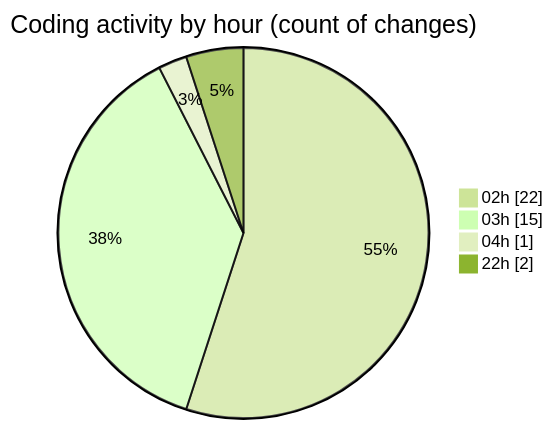
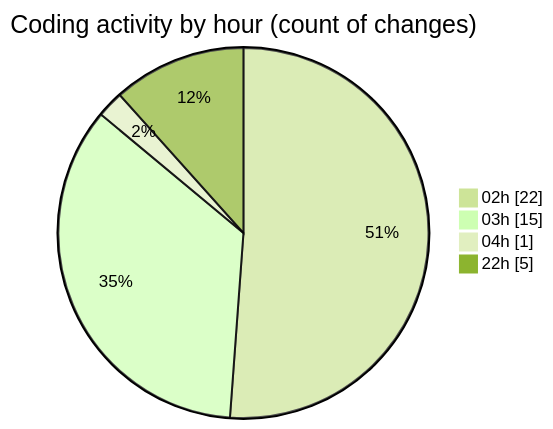
One commit to EIIisD/code-tracking changed the second of 2 diagrams in 2025-07-11/ribbon/README.md. Above: the diagram before and after it, drawn with Mermaid (forest theme). The commit also changed other lines of this file and 1 other file, not shown here.

````diff
--- a/2025-07-11/ribbon/README.md
+++ b/2025-07-11/ribbon/README.md
@@ -43,8 +43,8 @@
 ```mermaid
 pie showData
 title Coding activity by hour (count of changes)
 "02h" : 22
 "03h" : 15
 "04h" : 1
-"22h" : 2
+"22h" : 5
 ```
````
